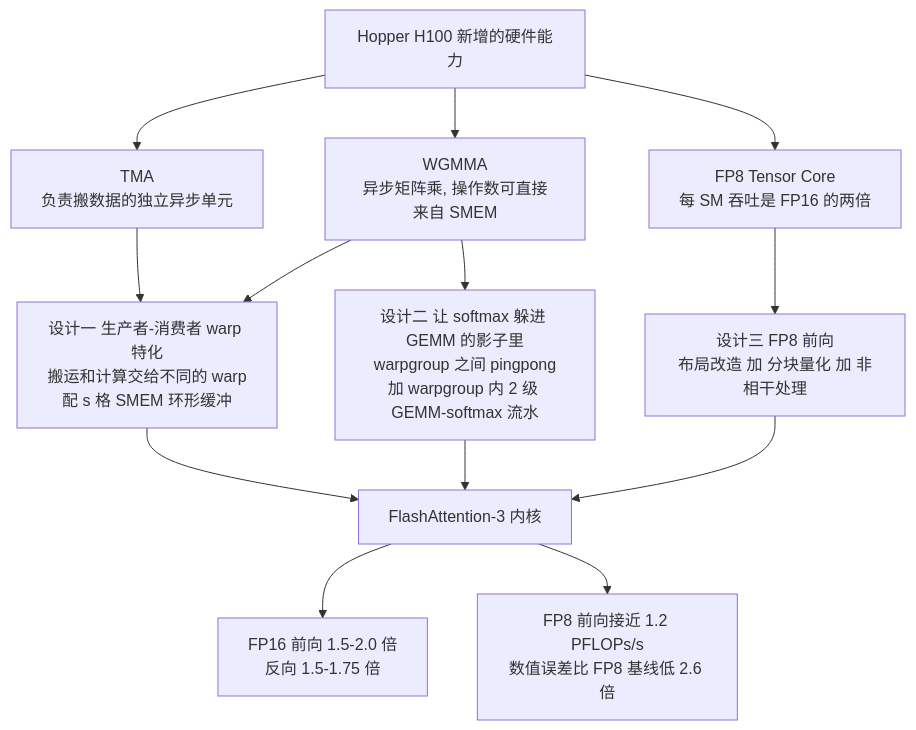
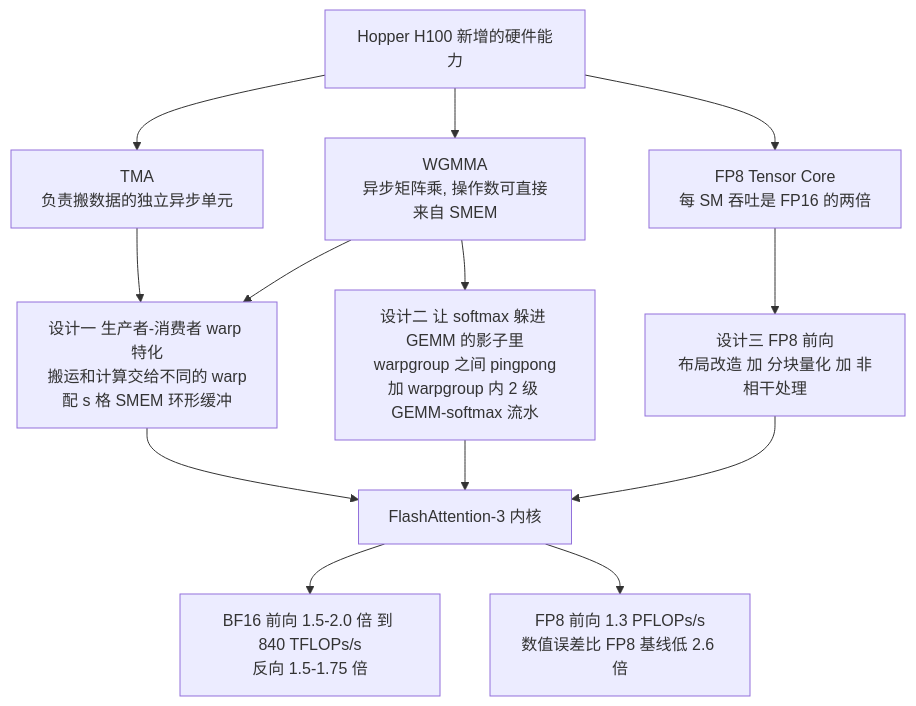
The first of 5 diagrams in reports/Stanford/FlashAttention-3.md (ChaoyuWang04/MockInterview), drawn with Mermaid before and after one commit. The commit also changed other lines of this file and 4 other files, not shown here.

````diff
--- a/reports/Stanford/FlashAttention-3.md
+++ b/reports/Stanford/FlashAttention-3.md
@@ -101,16 +113,16 @@
 ```mermaid
 flowchart TB
     HW[Hopper H100 新增的硬件能力]
     HW --> A1[TMA<br/>负责搬数据的独立异步单元]
     HW --> A2[WGMMA<br/>异步矩阵乘, 操作数可直接来自 SMEM]
     HW --> A3[FP8 Tensor Core<br/>每 SM 吞吐是 FP16 的两倍]
     A1 --> D1[设计一 生产者-消费者 warp 特化<br/>搬运和计算交给不同的 warp<br/>配 s 格 SMEM 环形缓冲]
     A2 --> D1
     A2 --> D2[设计二 让 softmax 躲进 GEMM 的影子里<br/>warpgroup 之间 pingpong<br/>加 warpgroup 内 2 级 GEMM-softmax 流水]
     A3 --> D3[设计三 FP8 前向<br/>布局改造 加 分块量化 加 非相干处理]
     D1 --> OUT[FlashAttention-3 内核]
     D2 --> OUT
     D3 --> OUT
-    OUT --> R1[FP16 前向 1.5-2.0 倍<br/>反向 1.5-1.75 倍]
-    OUT --> R2[FP8 前向接近 1.2 PFLOPs/s<br/>数值误差比 FP8 基线低 2.6 倍]
+    OUT --> R1[BF16 前向 1.5-2.0 倍 到 840 TFLOPs/s<br/>反向 1.5-1.75 倍]
+    OUT --> R2[FP8 前向 1.3 PFLOPs/s<br/>数值误差比 FP8 基线低 2.6 倍]
 ```
````
